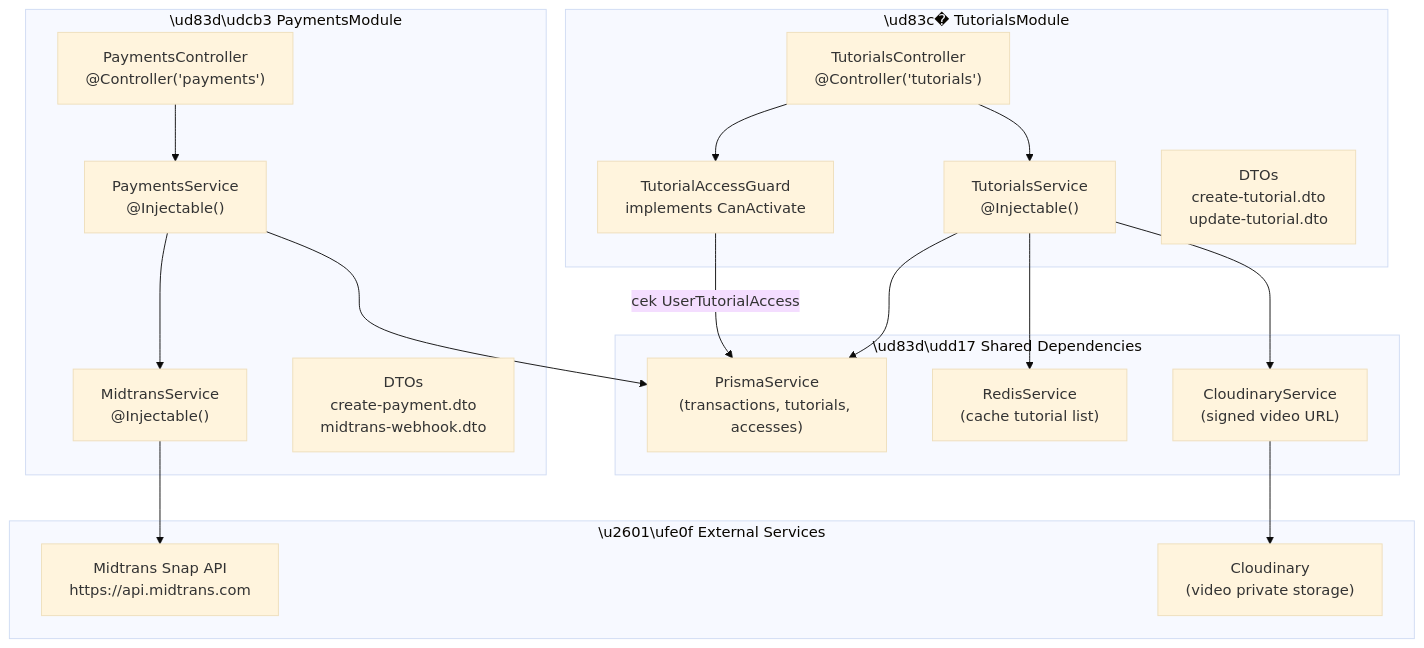
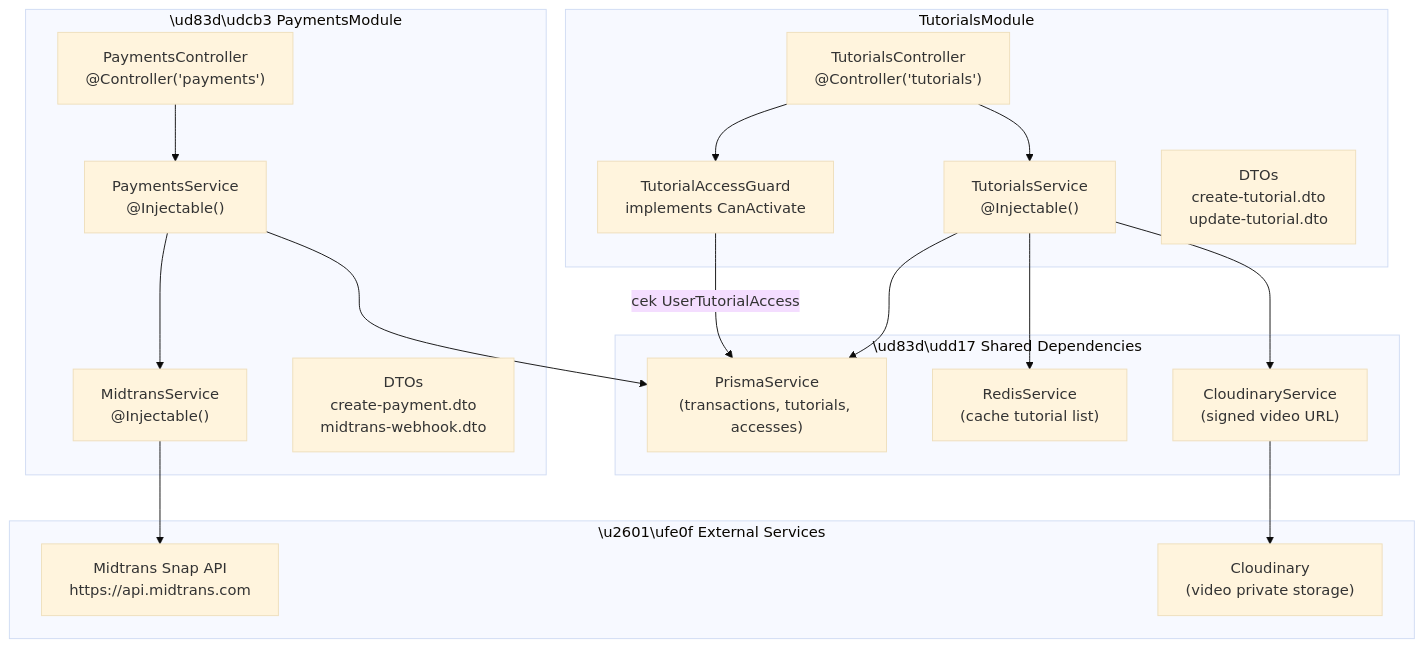
Before and after one commit to nabilkencana/Resep-Makanan-Frontend: the ninth of 19 diagrams in backend_architecture.md, drawn with Mermaid (base theme). The commit also changed other lines of this file, not shown here.

Commit message:
docs: update tutorial and access database schema descriptions and fix module naming in mermaid diagram

````diff
--- a/backend_architecture.md
+++ b/backend_architecture.md
@@ -1031,41 +1031,41 @@
 ```mermaid
 graph TD
-    subgraph TutMod["\ud83c� TutorialsModule"]
+    subgraph TutMod["TutorialsModule"]
         TC["TutorialsController\n@Controller('tutorials')"]
         TS["TutorialsService\n@Injectable()"]
         TAG["TutorialAccessGuard\nimplements CanActivate"]
         TDTO["DTOs\ncreate-tutorial.dto\nupdate-tutorial.dto"]
     end
 
     subgraph PayMod["\ud83d\udcb3 PaymentsModule"]
         PC["PaymentsController\n@Controller('payments')"]
         PS["PaymentsService\n@Injectable()"]
         MS["MidtransService\n@Injectable()"]
         PDTO["DTOs\ncreate-payment.dto\nmidtrans-webhook.dto"]
     end
 
     subgraph Deps["\ud83d\udd17 Shared Dependencies"]
         PRS["PrismaService\n(transactions, tutorials, accesses)"]
         RDS["RedisService\n(cache tutorial list)"]
         CLD["CloudinaryService\n(signed video URL)"]        
     end
 
     subgraph External["\u2601\ufe0f External Services"]
         MTX["Midtrans Snap API\nhttps://api.midtrans.com"]
         CVID["Cloudinary\n(video private storage)"]
     end
 
     TC --> TS
     TC --> TAG
     TS --> PRS
     TS --> RDS
     TS --> CLD
     CLD --> CVID
 
     PC --> PS
     PS --> MS
     PS --> PRS
     MS --> MTX
 
     TAG -->|"cek UserTutorialAccess"| PRS
 ```
````
